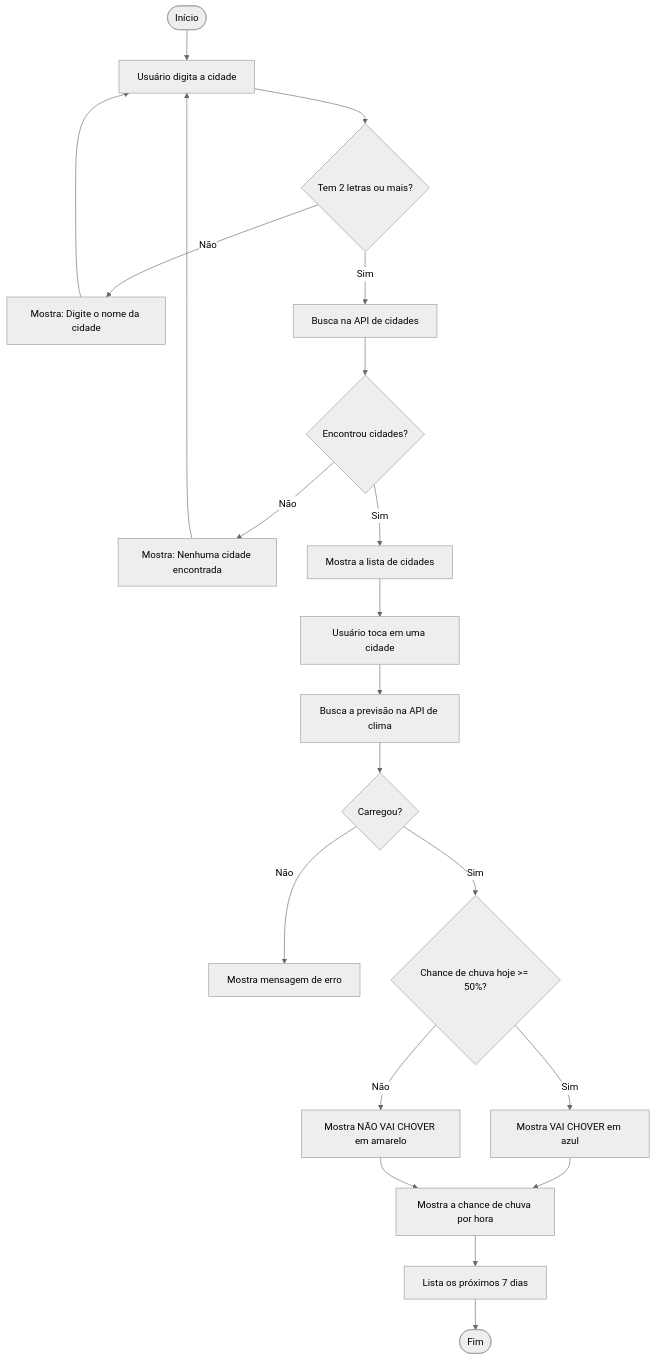
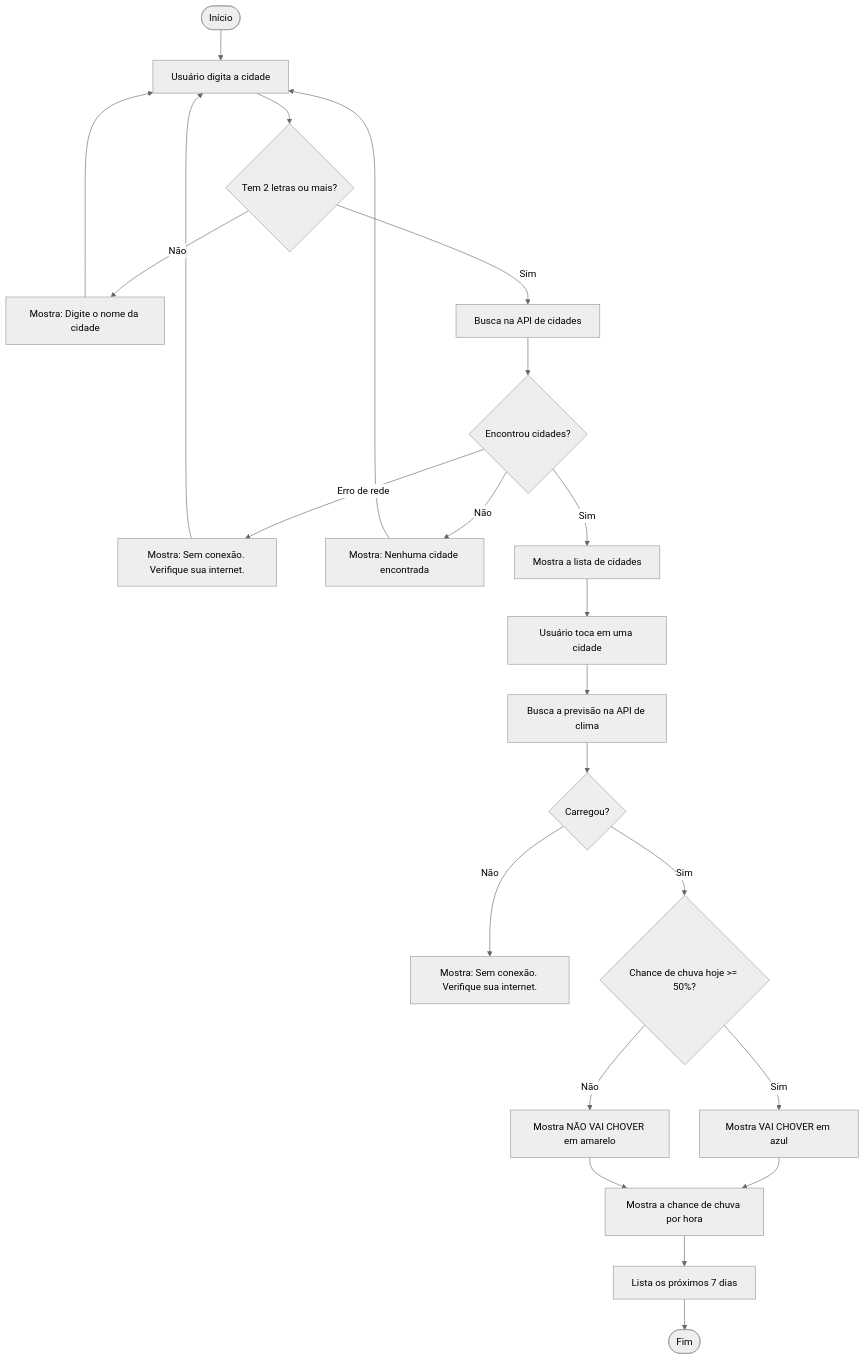
The third of 8 diagrams in README.md (evertton82/chove-ou-nao-chove), drawn with Mermaid (neutral theme) before and after one commit. The commit also changed other lines of this file and 15 other files, not shown here.

````diff
--- a/README.md
+++ b/README.md
@@ -95,21 +104,22 @@
 ```mermaid
 flowchart TD
     I([Início]) --> D[Usuário digita a cidade]
     D --> V{Tem 2 letras ou mais?}
     V -- Não --> E1[Mostra: Digite o nome da cidade] --> D
     V -- Sim --> G[Busca na API de cidades]
     G --> R{Encontrou cidades?}
+    R -- Erro de rede --> E4[Mostra: Sem conexão. Verifique sua internet.] --> D
     R -- Não --> E2[Mostra: Nenhuma cidade encontrada] --> D
     R -- Sim --> L[Mostra a lista de cidades]
     L --> T[Usuário toca em uma cidade]
     T --> PR[Busca a previsão na API de clima]
     PR --> OK{Carregou?}
-    OK -- Não --> E3[Mostra mensagem de erro]
+    OK -- Não --> E3[Mostra: Sem conexão. Verifique sua internet.]
     OK -- Sim --> C{Chance de chuva hoje >= 50%?}
     C -- Sim --> CH[Mostra VAI CHOVER em azul]
     C -- Não --> NC[Mostra NÃO VAI CHOVER em amarelo]
     CH --> HR[Mostra a chance de chuva por hora]
     NC --> HR
     HR --> P7[Lista os próximos 7 dias]
     P7 --> FIM([Fim])
 ```
````
